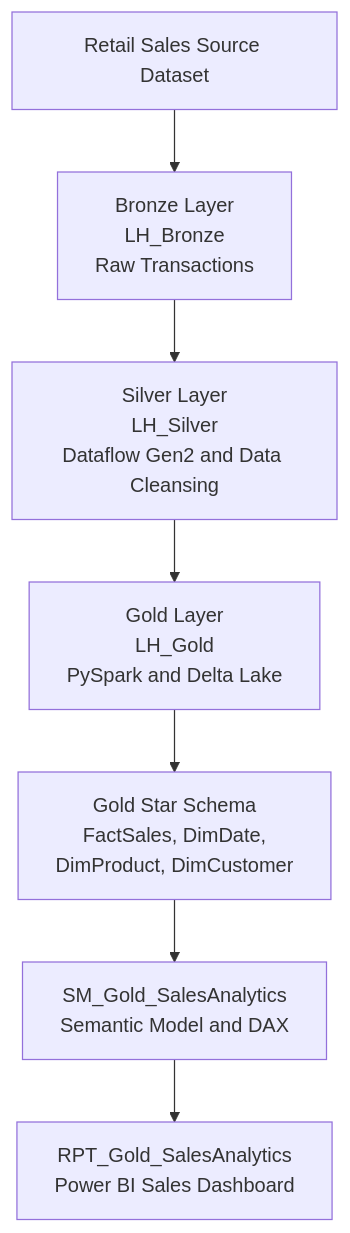
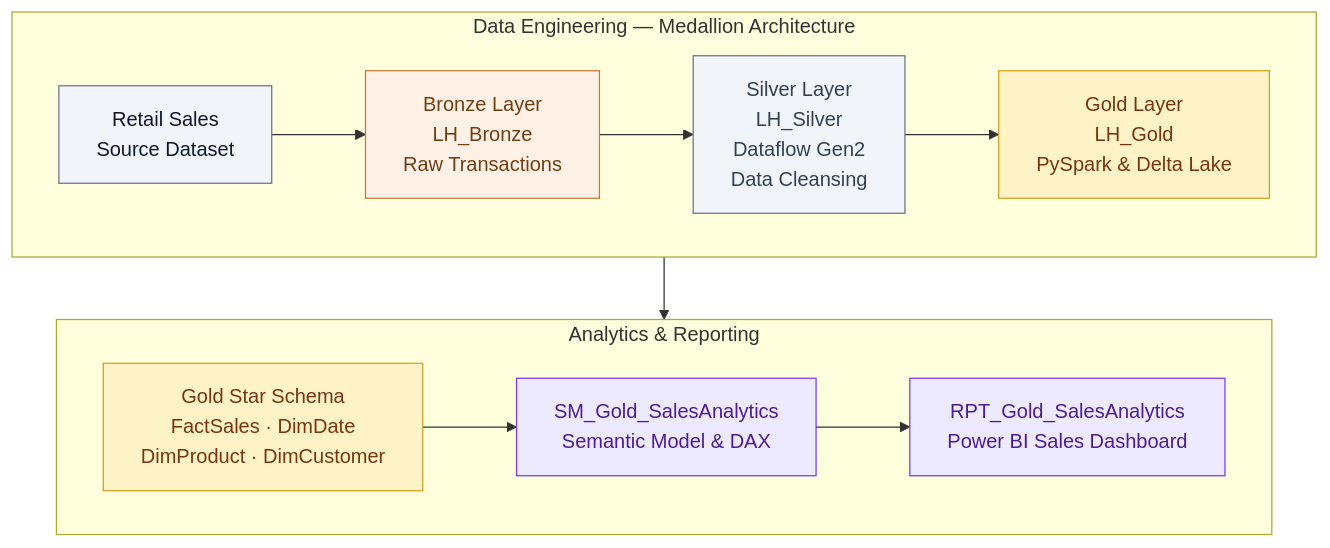
The diagram in architecture/solution-architecture.md (borkomkd/microsoft-fabric-medallion-analytics), drawn with Mermaid before and after one commit.

Commit message:
docs: improve Fabric solution architecture layout

````diff
--- a/architecture/solution-architecture.md
+++ b/architecture/solution-architecture.md
@@ -6,17 +6,37 @@
 ```mermaid
-flowchart TD
-    A["Retail Sales Source Dataset"]
-    B["Bronze Layer<br/>LH_Bronze<br/>Raw Transactions"]
-    C["Silver Layer<br/>LH_Silver<br/>Dataflow Gen2 and Data Cleansing"]
-    D["Gold Layer<br/>LH_Gold<br/>PySpark and Delta Lake"]
-    E["Gold Star Schema<br/>FactSales, DimDate,<br/>DimProduct, DimCustomer"]
-    F["SM_Gold_SalesAnalytics<br/>Semantic Model and DAX"]
-    G["RPT_Gold_SalesAnalytics<br/>Power BI Sales Dashboard"]
 
-    A --> B
-    B --> C
-    C --> D
+flowchart TB
+    subgraph ROW1["Data Engineering — Medallion Architecture"]
+        direction LR
+        A["Retail Sales<br/>Source Dataset"]
+        B["Bronze Layer<br/>LH_Bronze<br/>Raw Transactions"]
+        C["Silver Layer<br/>LH_Silver<br/>Dataflow Gen2<br/>Data Cleansing"]
+        D["Gold Layer<br/>LH_Gold<br/>PySpark & Delta Lake"]
+
+        A --> B --> C --> D
+    end
+
+    subgraph ROW2["Analytics & Reporting"]
+        direction LR
+        E["Gold Star Schema<br/>FactSales · DimDate<br/>DimProduct · DimCustomer"]
+        F["SM_Gold_SalesAnalytics<br/>Semantic Model & DAX"]
+        G["RPT_Gold_SalesAnalytics<br/>Power BI Sales Dashboard"]
+
+        E --> F --> G
+    end
+
     D --> E
-    E --> F
-    F --> G
+
+    classDef source fill:#F1F5F9,stroke:#64748B,color:#0F172A
+    classDef bronze fill:#FFF1E6,stroke:#C77836,color:#713F12
+    classDef silver fill:#F1F5F9,stroke:#64748B,color:#334155
+    classDef gold fill:#FEF3C7,stroke:#D4A017,color:#78350F
+    classDef reporting fill:#EDE9FE,stroke:#7C3AED,color:#4C1D95
+
+    class A source
+    class B bronze
+    class C silver
+    class D,E gold
+    class F,G reporting
+
 ```
````
